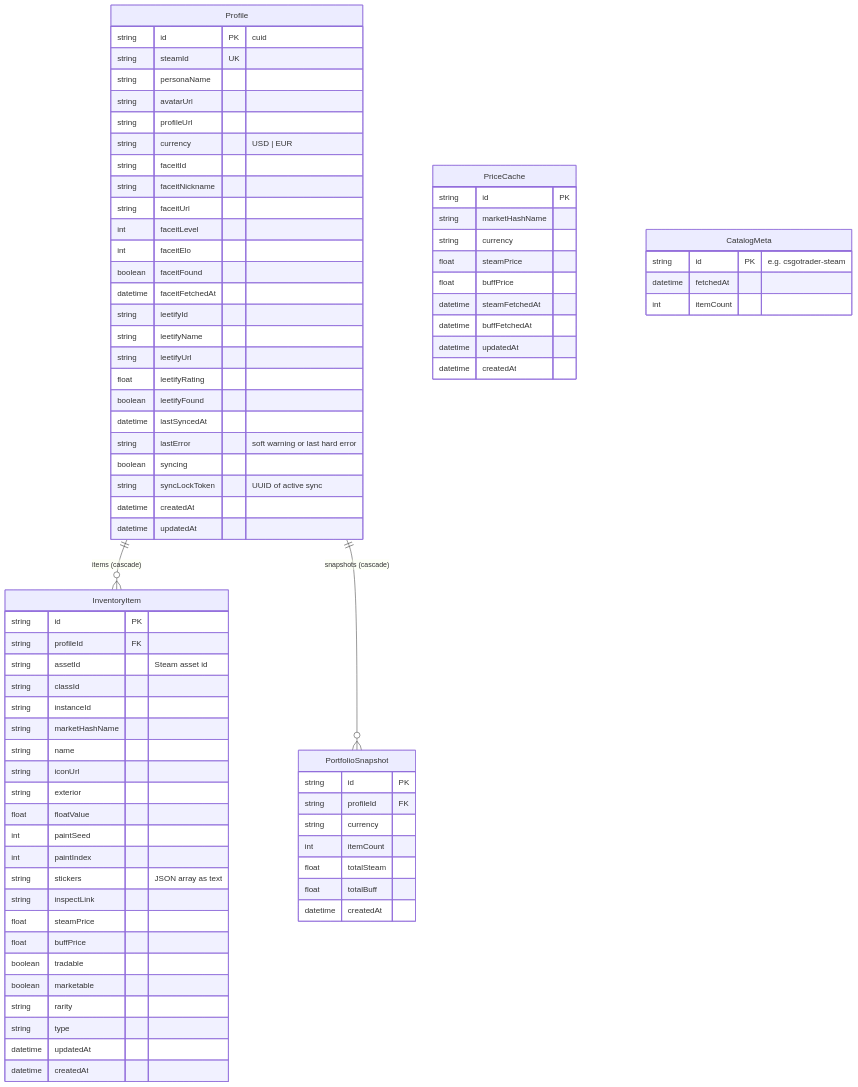
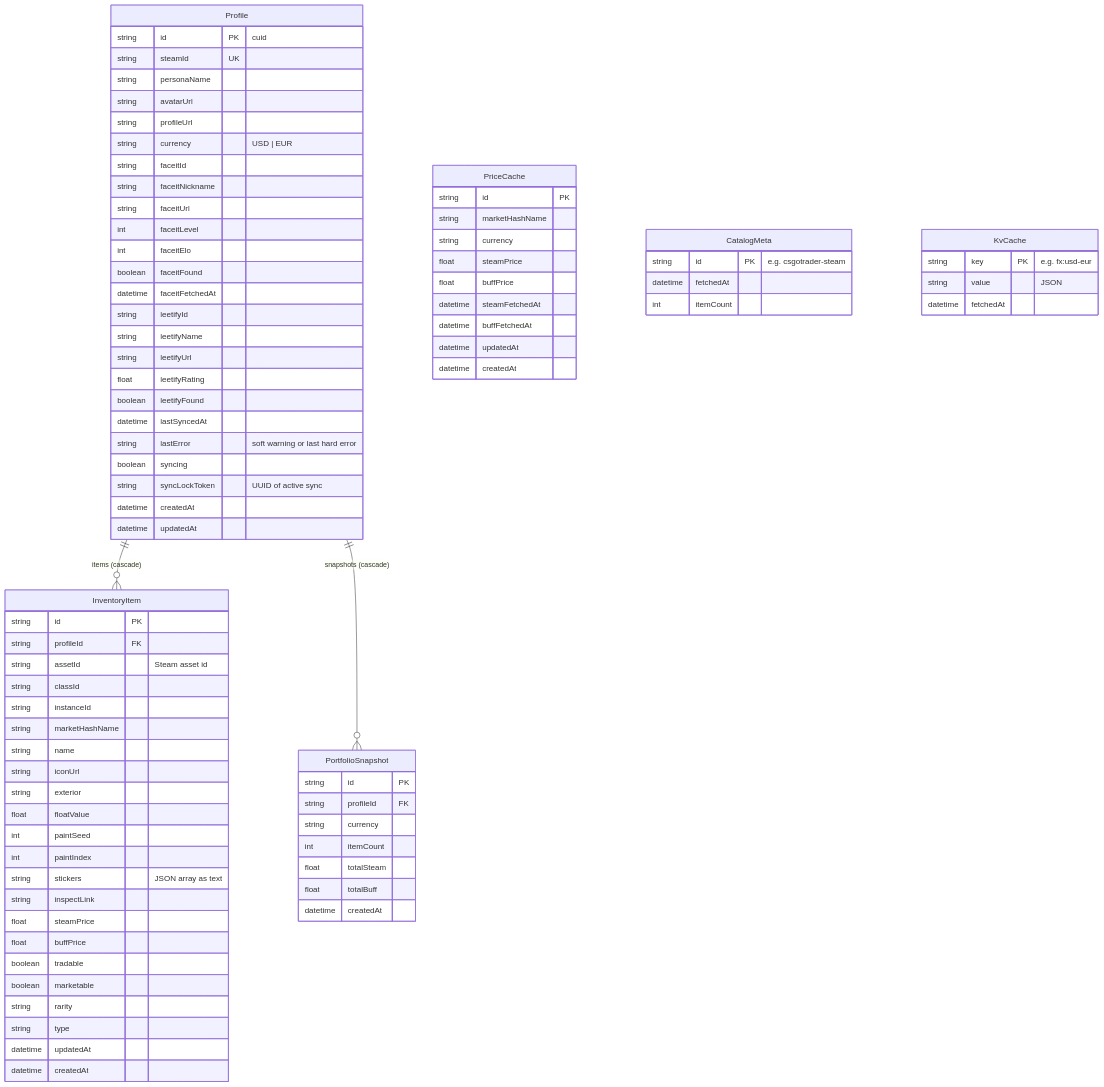
Before and after one commit to FreddyRik/SkinStation: the sixth of 9 diagrams in ARCHITECTURE.md, drawn with Mermaid. The commit also changed other lines of this file and 55 other files, not shown here.

````diff
--- a/ARCHITECTURE.md
+++ b/ARCHITECTURE.md
@@ -474,4 +521,10 @@
     datetime fetchedAt
     int itemCount
   }
+
+  KvCache {
+    string key PK "e.g. fx:usd-eur"
+    string value "JSON"
+    datetime fetchedAt
+  }
 ```
````
